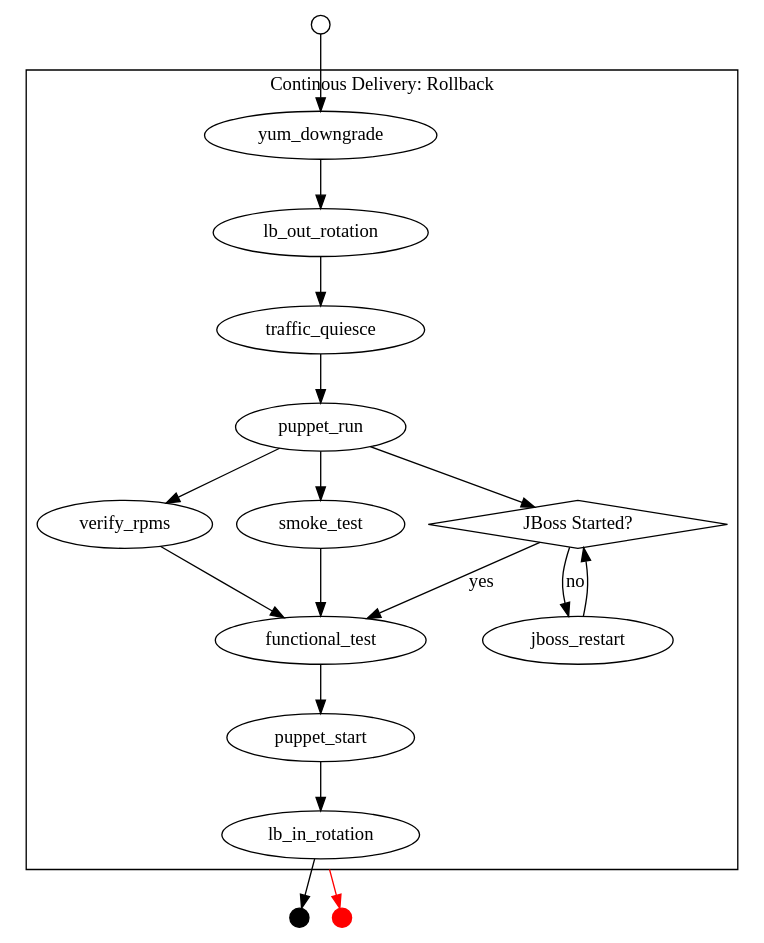
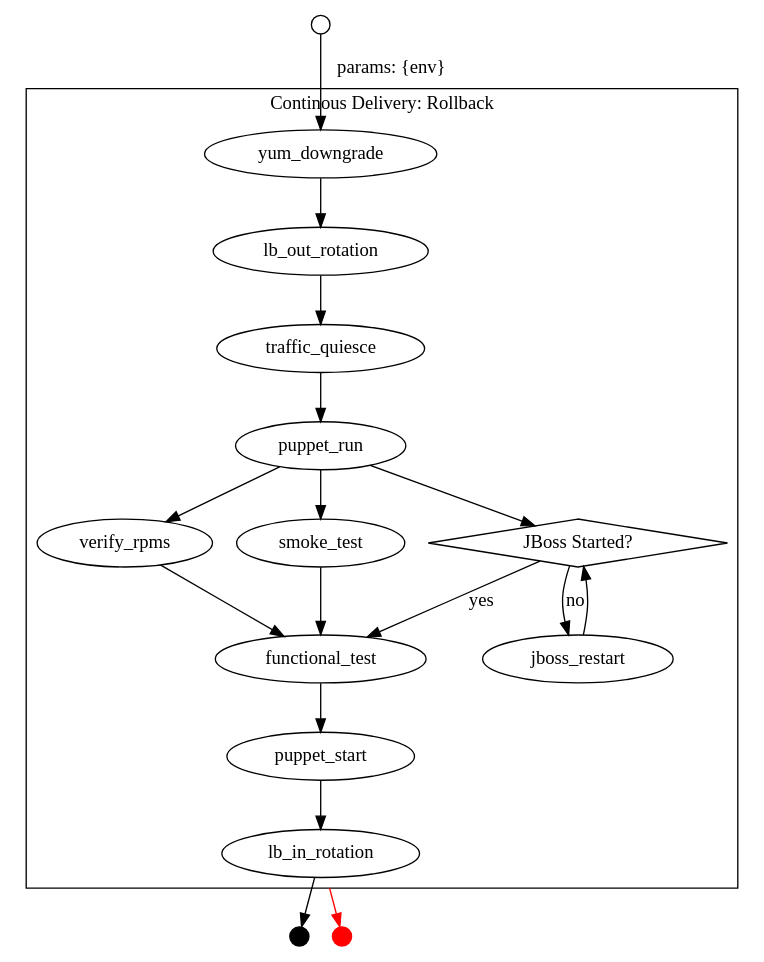
The diagram in docs/cicd/continuous-delivery-rollback.dot (lightblue-platform/lightblue-core), drawn with Graphviz before and after one commit. The commit also changed 1 other file, not shown here.

Commit message:
Updated labels to pass env param in all places necessary

```diff
--- a/docs/cicd/continuous-delivery-rollback.dot
+++ b/docs/cicd/continuous-delivery-rollback.dot
@@ -1,23 +1,23 @@
 strict digraph lightblue_cicd {
 compound=true;
 overlap=false;
 splines=true;
 subgraph cluster_rollback {
     label="Continous Delivery: Rollback";
     yum_downgrade -> lb_out_rotation -> traffic_quiesce -> puppet_run;
     puppet_run -> verify_rpms -> functional_test;
     verify_jboss [label="JBoss Started?", shape="diamond"];
     puppet_run -> verify_jboss;
     verify_jboss -> jboss_restart [label="no"];
     jboss_restart -> verify_jboss;
     verify_jboss -> functional_test [label="yes"];
     puppet_run -> smoke_test -> functional_test;
     functional_test -> puppet_start -> lb_in_rotation;
 }
 start [label="",shape="circle",width=0.2];
 success [shape="point",width=0.2];
 failure [shape="point",width=0.2,color="red"];
-start -> yum_downgrade;
+start -> yum_downgrade [label="params: {env}"];
 lb_in_rotation -> success;
 lb_in_rotation -> failure [ltail=cluster_rollback,color="red"];
 }
```
